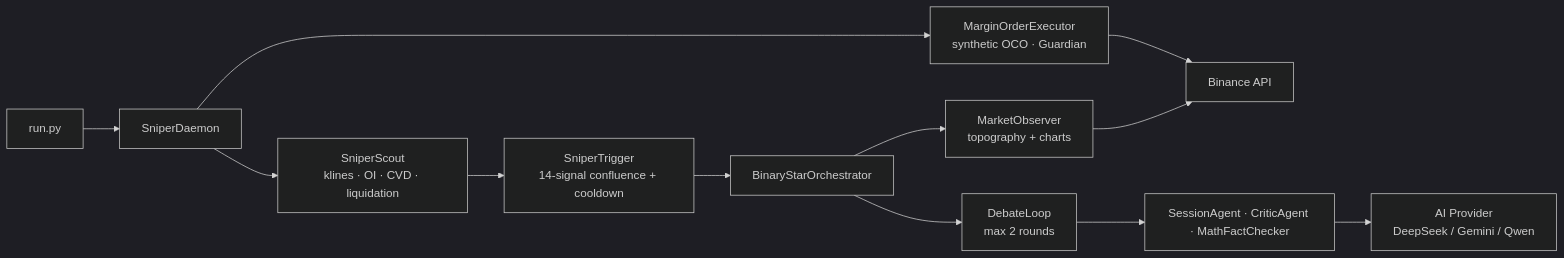
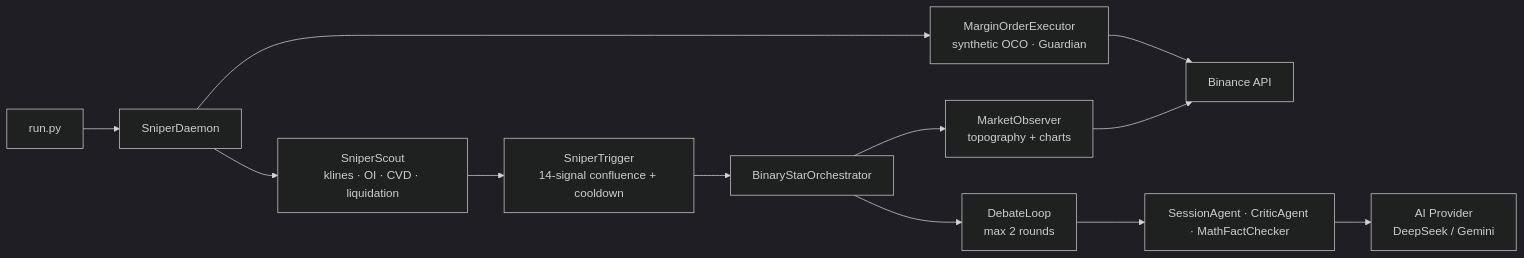
Before and after one commit to jiangyang5157/binary-star: the first of 9 diagrams in README.md, drawn with Mermaid (dark theme). The commit also changed other lines of this file and 10 other files, not shown here.

````diff
--- a/README.md
+++ b/README.md
@@ -15,14 +15,14 @@
 ```mermaid
 graph LR
     CLI["run.py"] --> DAEMON["SniperDaemon"]
     DAEMON --> SCOUT["SniperScout<br/>klines · OI · CVD · liquidation"]
     SCOUT --> TRIG["SniperTrigger<br/>14-signal confluence + cooldown"]
     TRIG --> BSO["BinaryStarOrchestrator"]
     BSO --> OBS["MarketObserver<br/>topography + charts"]
     OBS --> EXCHANGE["Binance API"]
     BSO --> DL["DebateLoop<br/>max 2 rounds"]
     DL --> AGENTS["SessionAgent · CriticAgent · MathFactChecker"]
-    AGENTS --> AI["AI Provider<br/>DeepSeek / Gemini / Qwen"]
+    AGENTS --> AI["AI Provider<br/>DeepSeek / Gemini"]
     DAEMON --> EXEC["MarginOrderExecutor<br/>synthetic OCO · Guardian"]
     EXEC --> EXCHANGE
 ```
````
